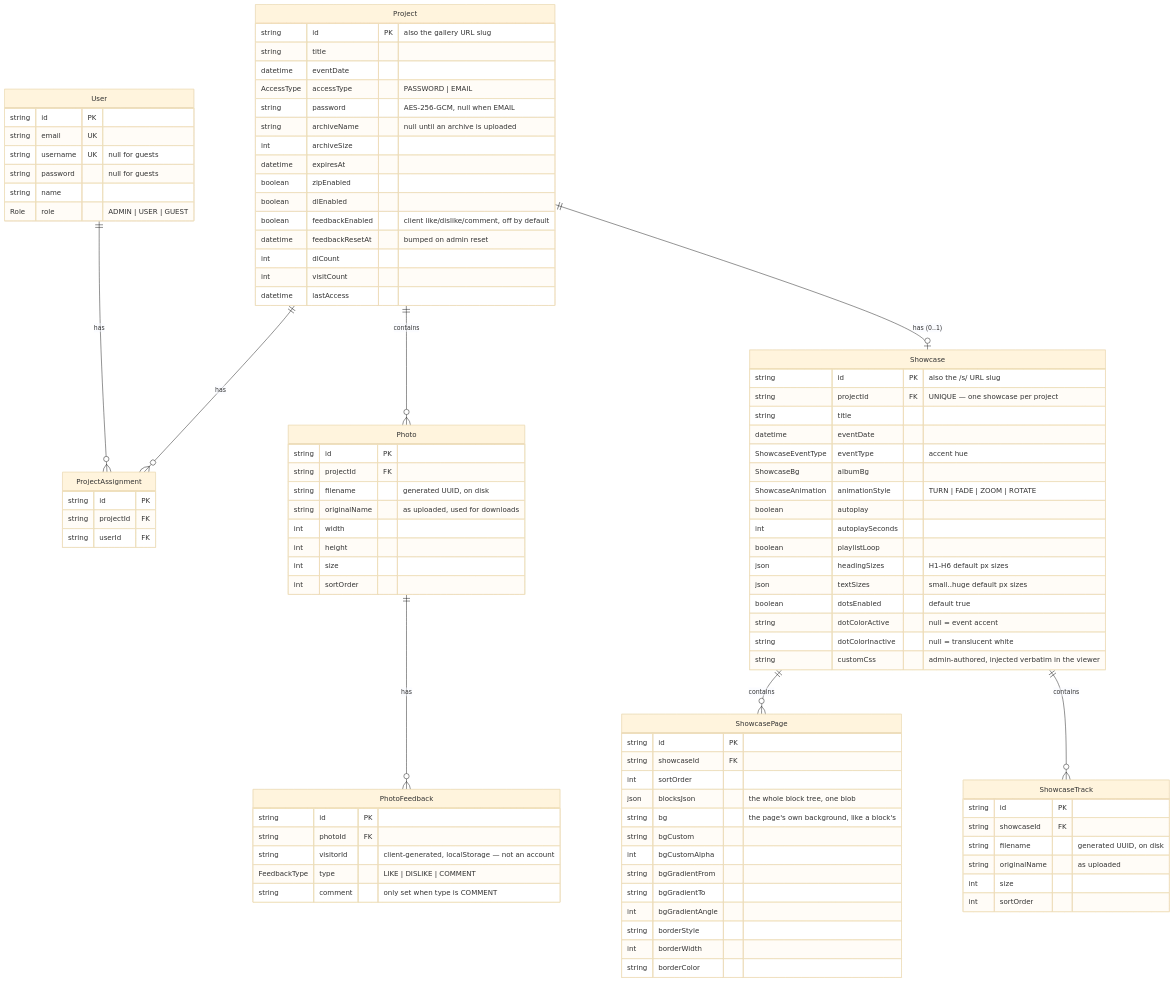
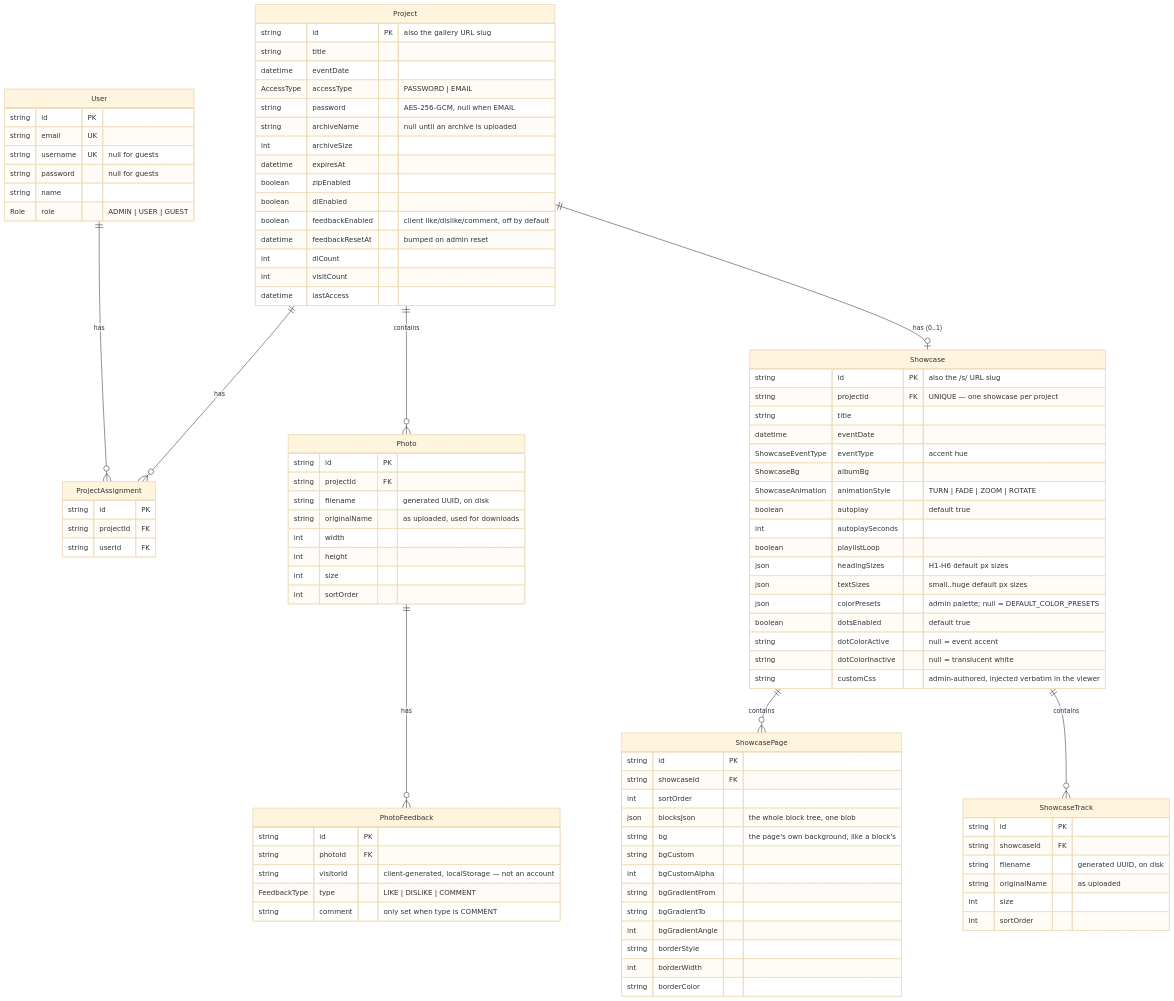
One commit to Geobusteni/kuvalib changed the first of 3 diagrams in ARCHITECTURE.md. Above: the diagram before and after it, drawn with Mermaid (base theme). The commit also changed other lines of this file and 19 other files, not shown here.

```diff
--- a/ARCHITECTURE.md
+++ b/ARCHITECTURE.md
@@ -208,11 +208,12 @@
         ShowcaseEventType eventType "accent hue"
         ShowcaseBg albumBg
         ShowcaseAnimation animationStyle "TURN | FADE | ZOOM | ROTATE"
-        boolean autoplay
+        boolean autoplay "default true"
         int autoplaySeconds
         boolean playlistLoop
         json headingSizes "H1-H6 default px sizes"
         json textSizes "small..huge default px sizes"
+        json colorPresets "admin palette; null = DEFAULT_COLOR_PRESETS"
         boolean dotsEnabled "default true"
         string dotColorActive "null = event accent"
         string dotColorInactive "null = translucent white"
```
